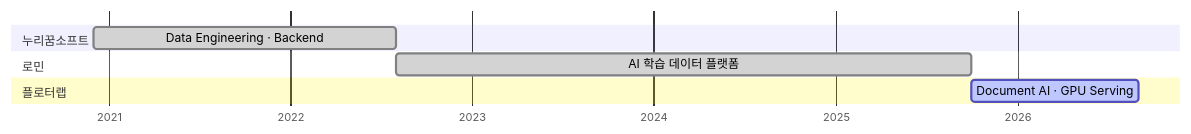
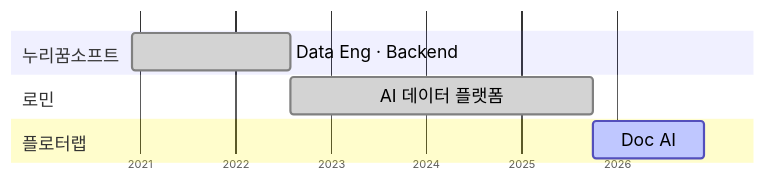
The first of 5 diagrams in README.md (bigstones/bigstones), drawn with Mermaid before and after one commit. The commit also changed other lines of this file, not shown here.

Commit message:
🎨 Career gantt 가독성 개선: 폭 축소·글자 확대·오늘 표시선 제거

````diff
--- a/README.md
+++ b/README.md
@@ -24,11 +24,13 @@
 ```mermaid
+%%{init: {"themeCSS": ".tick text{font-size:14px;} .taskTextOutsideRight,.taskTextOutsideLeft{fill:#888;font-size:15px;}", "gantt": {"useWidth": 720, "barHeight": 34, "barGap": 6, "topPadding": 40, "leftPadding": 110, "rightPadding": 90, "gridLineStartPadding": 30, "fontSize": 16, "sectionFontSize": 16, "numberSectionStyles": 3}}}%%
 gantt
     dateFormat YYYY-MM
     axisFormat %Y
+    todayMarker off
     section 누리꿈소프트
-    Data Engineering · Backend    :done, 2020-12, 2022-08
+    Data Eng · Backend  :done, 2020-12, 2022-08
     section 로민
-    AI 학습 데이터 플랫폼          :done, 2022-08, 2025-10
+    AI 데이터 플랫폼     :done, 2022-08, 2025-10
     section 플로터랩
-    Document AI · GPU Serving     :active, 2025-10, 2026-09
+    Doc AI              :active, 2025-10, 2026-12
 ```
````
